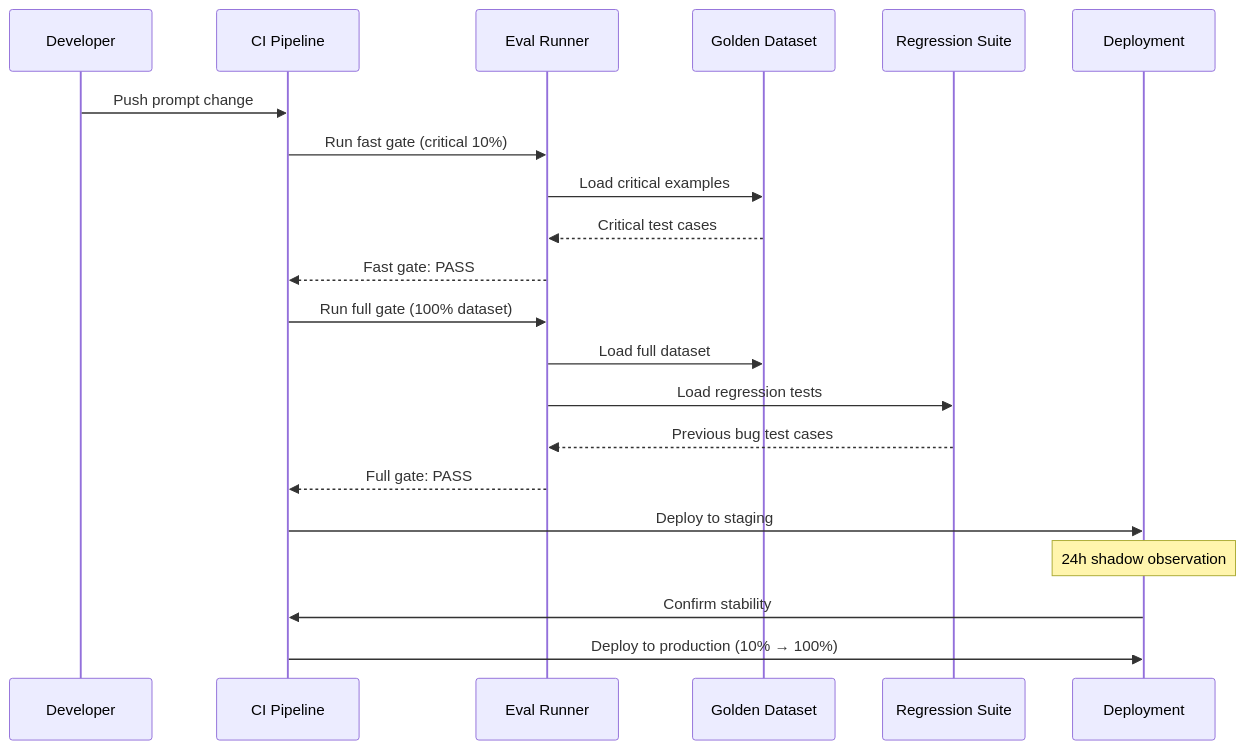
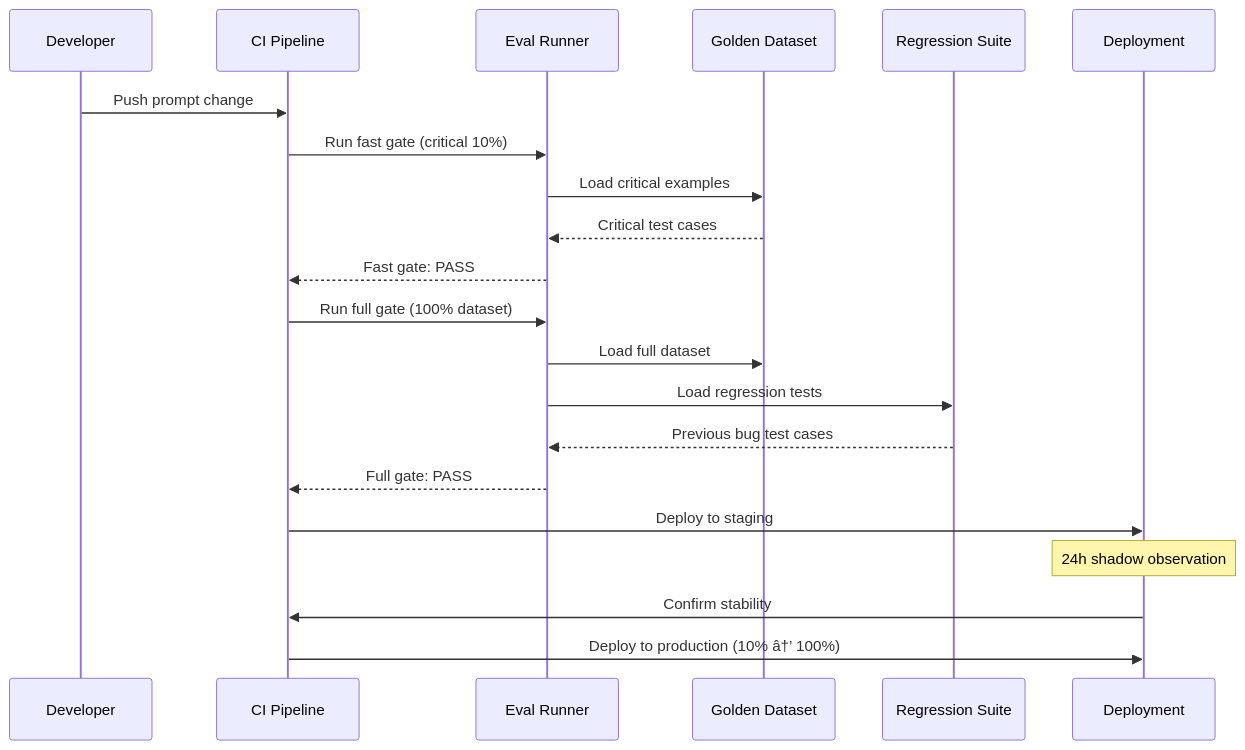
One commit to Driftloom/Vaeloom changed the second of 2 diagrams in Docs/AI/Evaluation.md. Above: the diagram before and after it, drawn with Mermaid. The commit also changed other lines of this file and 249 other files, not shown here.

````diff
--- a/Docs/AI/Evaluation.md
+++ b/Docs/AI/Evaluation.md
@@ -185,26 +185,26 @@
 ```mermaid
 sequenceDiagram
     participant DEV as Developer
     participant CI as CI Pipeline
     participant EVAL as Eval Runner
     participant DS as Golden Dataset
     participant REG as Regression Suite
     participant DEPLOY as Deployment
 
     DEV->>CI: Push prompt change
     CI->>EVAL: Run fast gate (critical 10%)
     EVAL->>DS: Load critical examples
     DS-->>EVAL: Critical test cases
     EVAL-->>CI: Fast gate: PASS
     
     CI->>EVAL: Run full gate (100% dataset)
     EVAL->>DS: Load full dataset
     EVAL->>REG: Load regression tests
     REG-->>EVAL: Previous bug test cases
     EVAL-->>CI: Full gate: PASS
     
     CI->>DEPLOY: Deploy to staging
     Note over DEPLOY: 24h shadow observation
     DEPLOY->>CI: Confirm stability
-    CI->>DEPLOY: Deploy to production (10% → 100%)
+    CI->>DEPLOY: Deploy to production (10% â†’ 100%)
 ```
````
